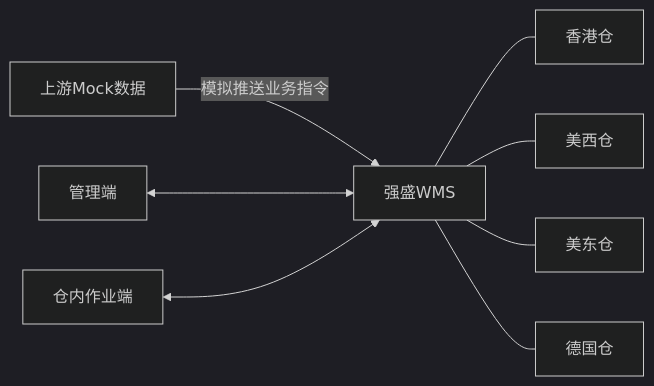
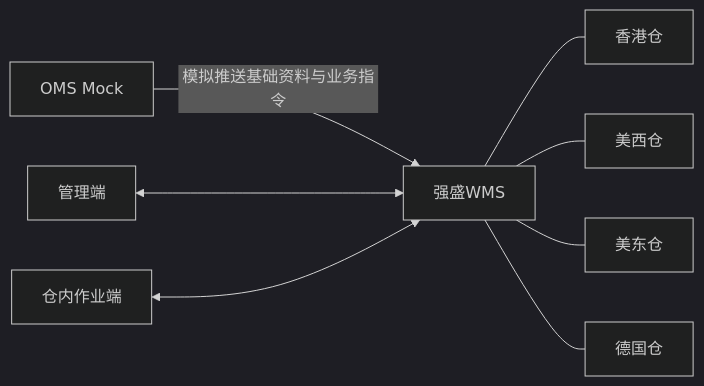
Before and after one commit to TopVitamin/QS-WMS-Project: the first of 2 diagrams in 01-全局背景信息/03-能力蓝图与系统架构.md, drawn with Mermaid (dark theme). The commit also changed other lines of this file and 21 other files, not shown here.

````diff
--- a/01-全局背景信息/03-能力蓝图与系统架构.md
+++ b/01-全局背景信息/03-能力蓝图与系统架构.md
@@ -20,10 +20,10 @@
 ```mermaid
 flowchart LR
-    M[上游Mock数据] -->|模拟推送业务指令| W[强盛WMS]
+    M[OMS Mock] -->|模拟推送基础资料与业务指令| W[强盛WMS]
     A[管理端] <--> W
     B[仓内作业端] <--> W
     W --- H[香港仓]
     W --- U[美西仓]
     W --- E[美东仓]
     W --- G[德国仓]
 ```
````
